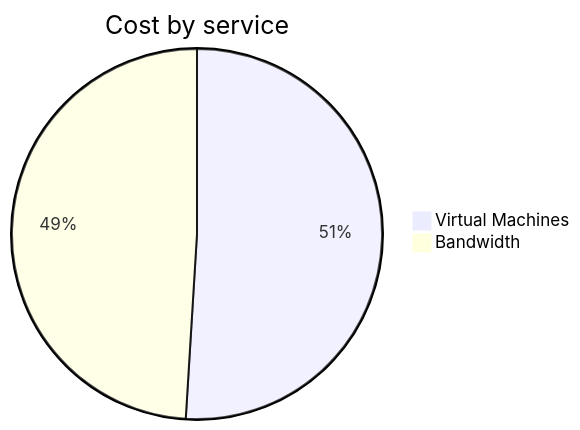
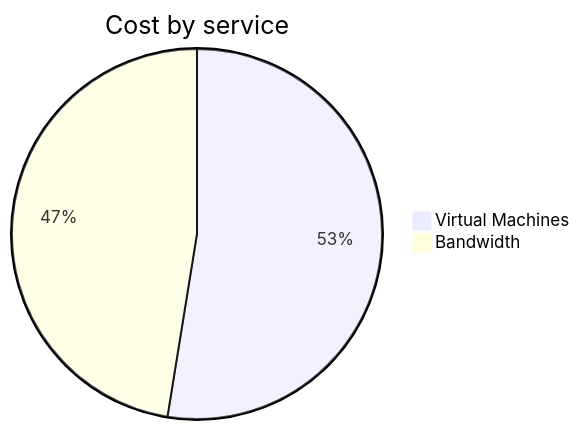
Before and after one commit to jpfulton/azure-personal-reports: the second of 4 diagrams in cost-reports/personal-network/vpn-server.md, drawn with Mermaid. The commit also changed other lines of this file and 8 other files, not shown here.

````diff
--- a/cost-reports/personal-network/vpn-server.md
+++ b/cost-reports/personal-network/vpn-server.md
@@ -96,6 +96,6 @@
 ```mermaid
 pie
    title Cost by service
-   "Virtual Machines" : 2.90
+   "Virtual Machines" : 3.09
    "Bandwidth" : 2.79
 ```
````
